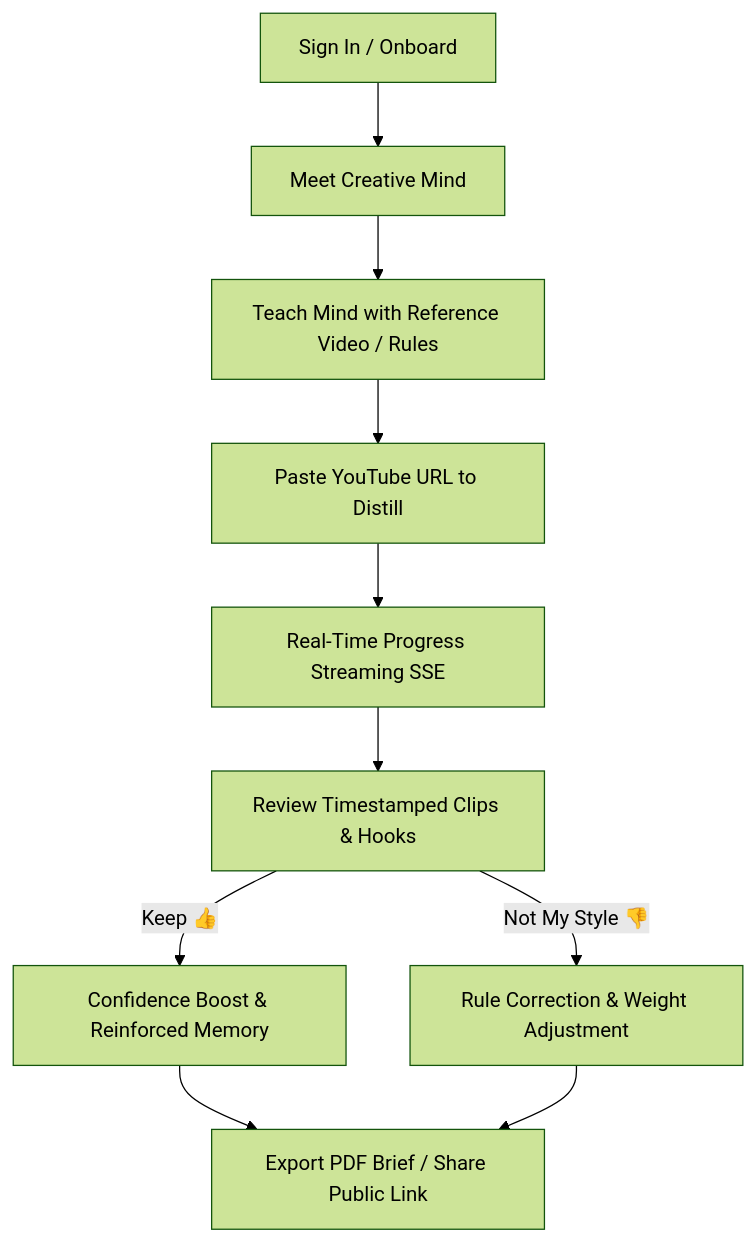
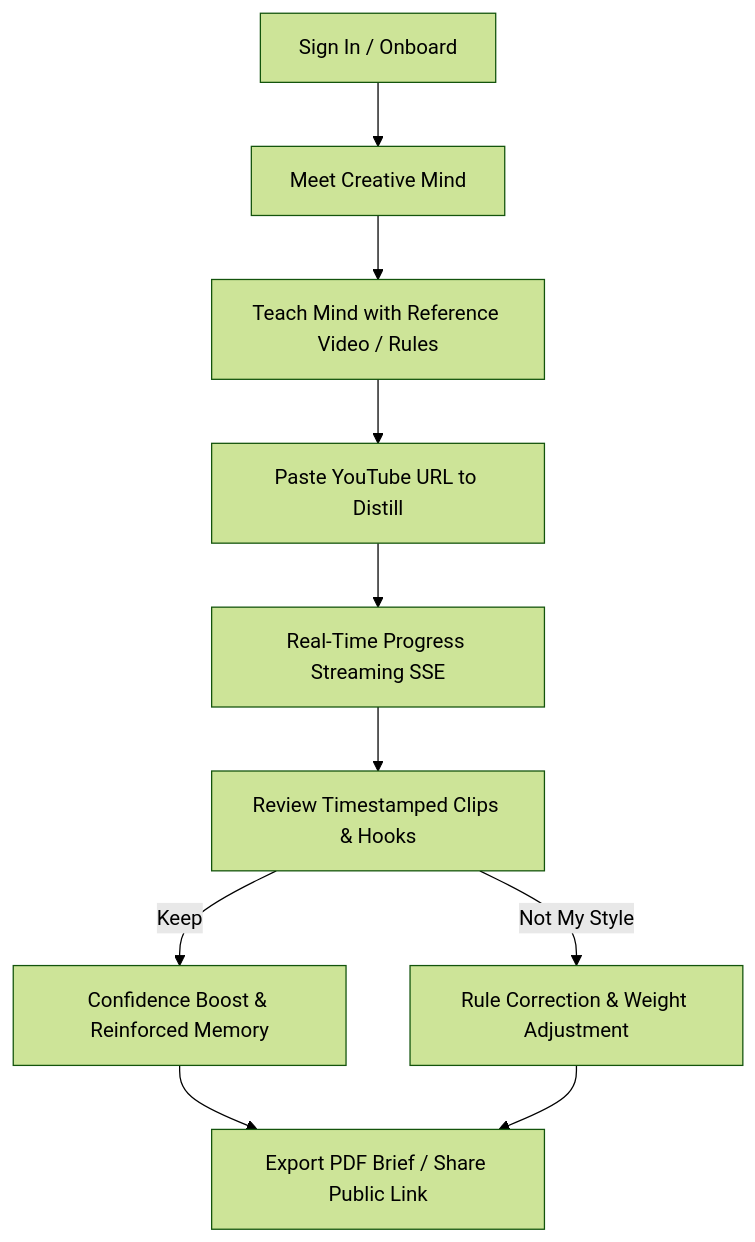
Before and after one commit to 0xaje/Soulcut: the diagram in README.md, drawn with Mermaid (forest theme). The commit also changed other lines of this file and 3 other files, not shown here.

````diff
--- a/README.md
+++ b/README.md
@@ -112,12 +112,12 @@
 ```mermaid
 graph TD
     A[Sign In / Onboard] --> B[Meet Creative Mind]
     B --> C[Teach Mind with Reference Video / Rules]
     C --> D[Paste YouTube URL to Distill]
     D --> E[Real-Time Progress Streaming SSE]
     E --> F[Review Timestamped Clips & Hooks]
-    F -->|Keep 👍| G[Confidence Boost & Reinforced Memory]
-    F -->|Not My Style 👎| H[Rule Correction & Weight Adjustment]
+    F -->|Keep| G[Confidence Boost & Reinforced Memory]
+    F -->|Not My Style| H[Rule Correction & Weight Adjustment]
     G --> I[Export PDF Brief / Share Public Link]
     H --> I
 ```
````
